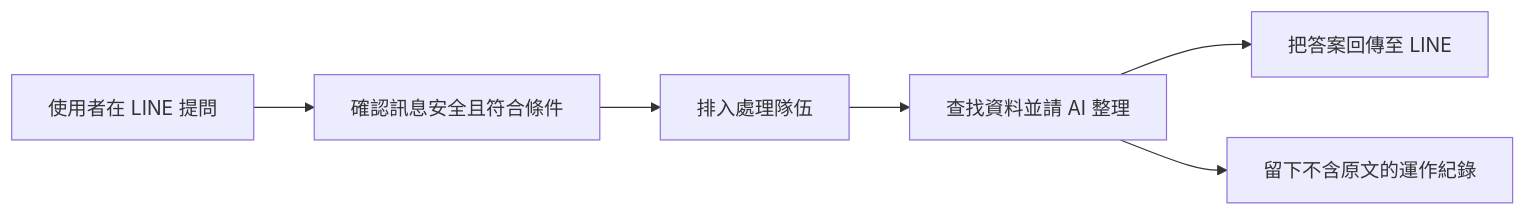
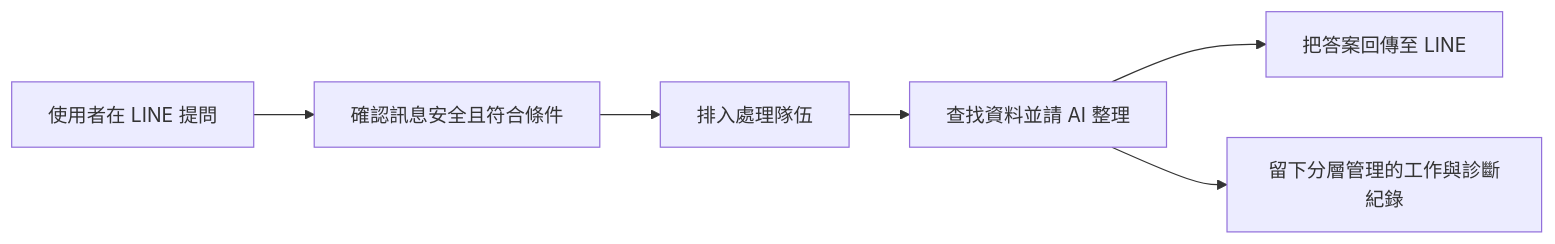
One commit to yamopeng0918/AI-ChotBot changed the diagram in docs/presentations/2026-07-30-project-progress-client-presentation.md. Above: the diagram before and after it, drawn with Mermaid. The commit also changed other lines of this file, not shown here.

````diff
--- a/docs/presentations/2026-07-30-project-progress-client-presentation.md
+++ b/docs/presentations/2026-07-30-project-progress-client-presentation.md
@@ -52,8 +54,8 @@
 ```mermaid
 flowchart LR
     A[使用者在 LINE 提問] --> B[確認訊息安全且符合條件]
     B --> C[排入處理隊伍]
     C --> D[查找資料並請 AI 整理]
     D --> E[把答案回傳至 LINE]
-    D --> F[留下不含原文的運作紀錄]
+    D --> F[留下分層管理的工作與診斷紀錄]
 ```
````
